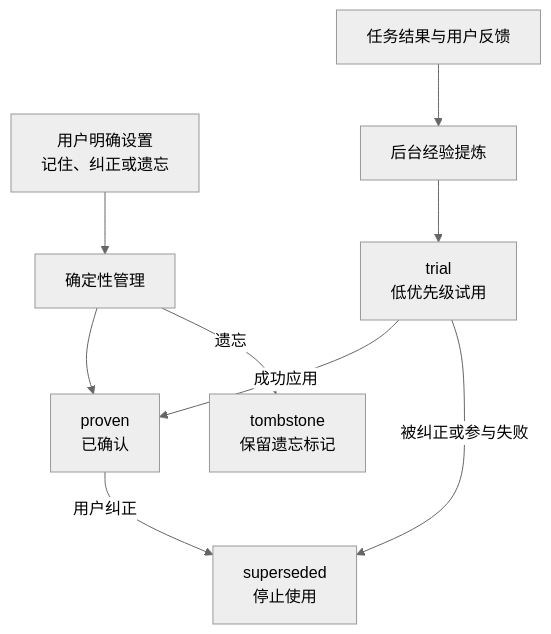
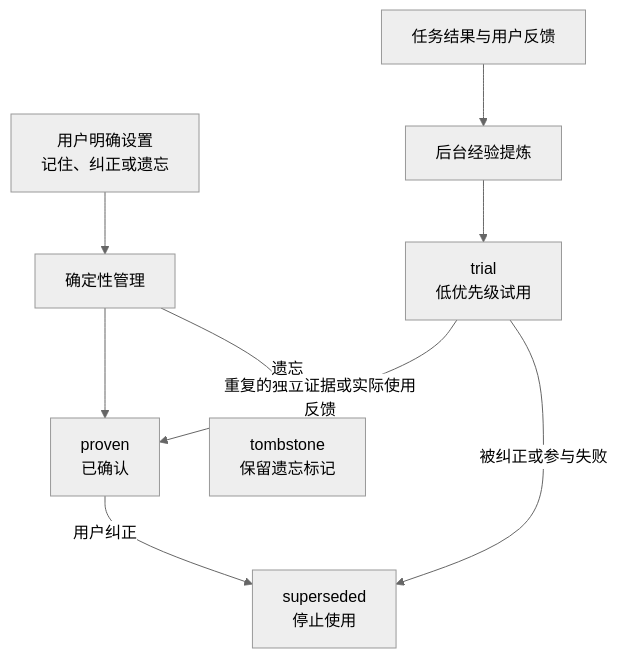
The diagram in zh/plugins/personal-memory.mdx (rpamis/comet-website-docs), drawn with Mermaid (neutral theme) before and after one commit. The commit also changed other lines of this file and 9 other files, not shown here.

````diff
--- a/zh/plugins/personal-memory.mdx
+++ b/zh/plugins/personal-memory.mdx
@@ -88,11 +88,11 @@
 ```mermaid
 flowchart TD
   U["用户明确设置<br/>记住、纠正或遗忘"] --> D["确定性管理"]
   D --> P["proven<br/>已确认"]
   E["任务结果与用户反馈"] --> R["后台经验提炼"]
   R --> T["trial<br/>低优先级试用"]
-  T -->|成功应用| P
+  T -->|重复的独立证据或实际使用反馈| P
   T -->|被纠正或参与失败| S["superseded<br/>停止使用"]
   P -->|用户纠正| S
   D -->|遗忘| X["tombstone<br/>保留遗忘标记"]
 ```
````
